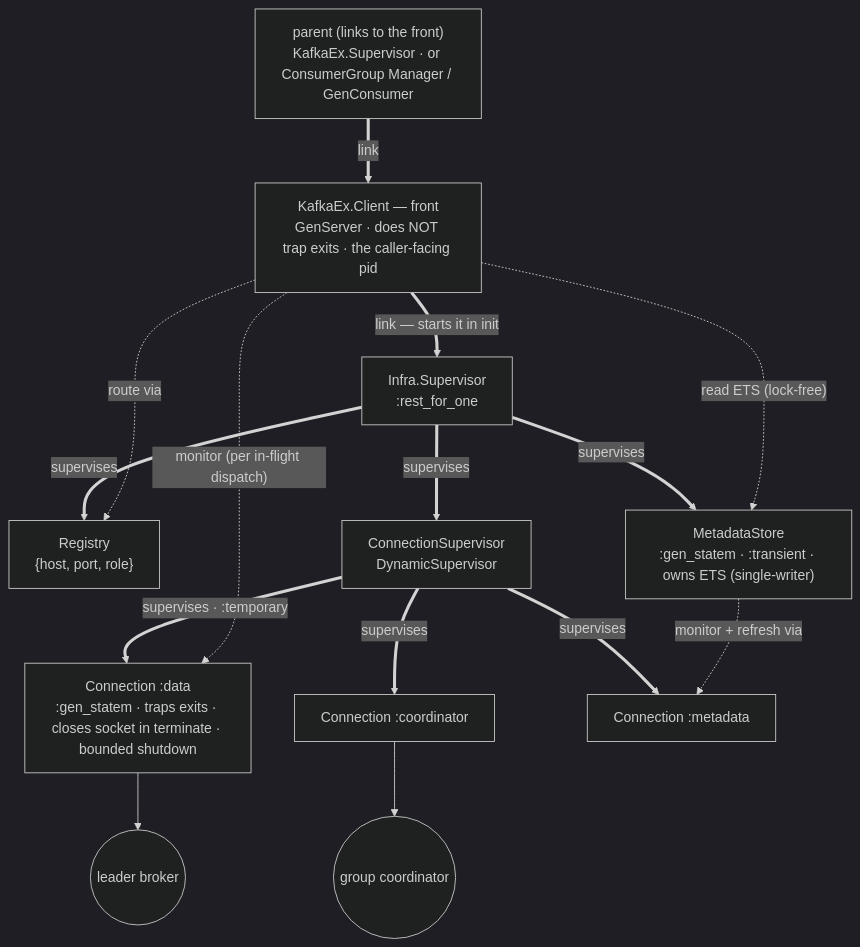
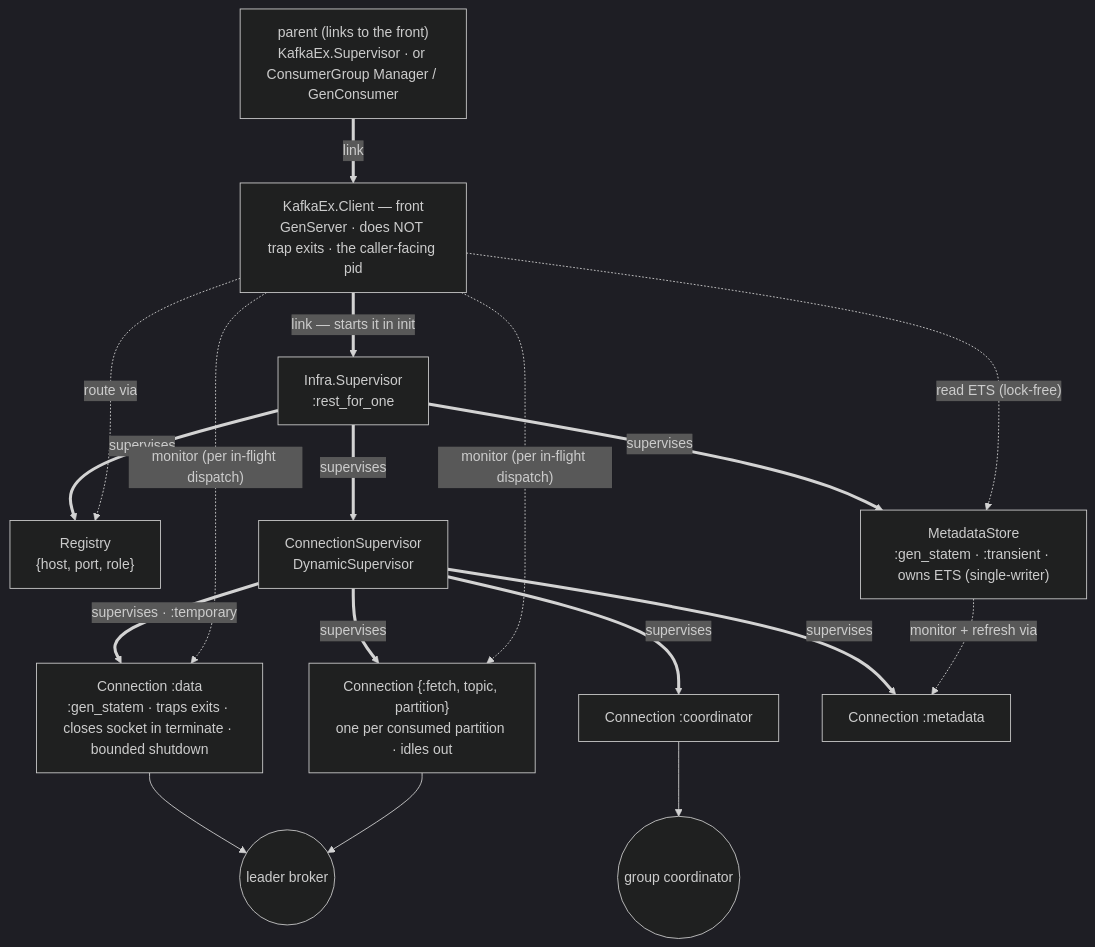
One commit to kafkaex/kafka_ex changed the fifth of 10 diagrams in docs/rfcs/0001-client-process-architecture.md. Above: the diagram before and after it, drawn with Mermaid (dark theme). The commit also changed other lines of this file, not shown here.

First line of the commit message:
docs(rfc-0001): fetch over a connection per consumed partition, brod-style

````diff
--- a/docs/rfcs/0001-client-process-architecture.md
+++ b/docs/rfcs/0001-client-process-architecture.md
@@ -294,18 +305,21 @@
 ```mermaid
 flowchart TD
     PARENT["parent (links to the front)<br/>KafkaEx.Supervisor · or ConsumerGroup Manager / GenConsumer"]
     PARENT ==>|link| FRONT["KafkaEx.Client — front<br/>GenServer · does NOT trap exits · the caller-facing pid"]
     FRONT ==>|"link — starts it in init"| ISUP["Infra.Supervisor<br/>:rest_for_one"]
     ISUP ==>|supervises| REG["Registry<br/>{host, port, role}"]
     ISUP ==>|supervises| CONNSUP["ConnectionSupervisor<br/>DynamicSupervisor"]
     ISUP ==>|supervises| STORE["MetadataStore<br/>:gen_statem · :transient · owns ETS (single-writer)"]
     CONNSUP ==>|"supervises · :temporary"| CD["Connection :data<br/>:gen_statem · traps exits · closes socket in terminate · bounded shutdown"]
+    CONNSUP ==>|supervises| CF["Connection {:fetch, topic, partition}<br/>one per consumed partition · idles out"]
     CONNSUP ==>|supervises| CC["Connection :coordinator"]
     CONNSUP ==>|supervises| CM["Connection :metadata"]
     FRONT -. "read ETS (lock-free)" .-> STORE
     FRONT -. "route via" .-> REG
     FRONT -. "monitor (per in-flight dispatch)" .-> CD
+    FRONT -. "monitor (per in-flight dispatch)" .-> CF
     STORE -. "monitor + refresh via" .-> CM
     CD --> BK(("leader broker"))
+    CF --> BK
     CC --> BC(("group coordinator"))
 ```
````
